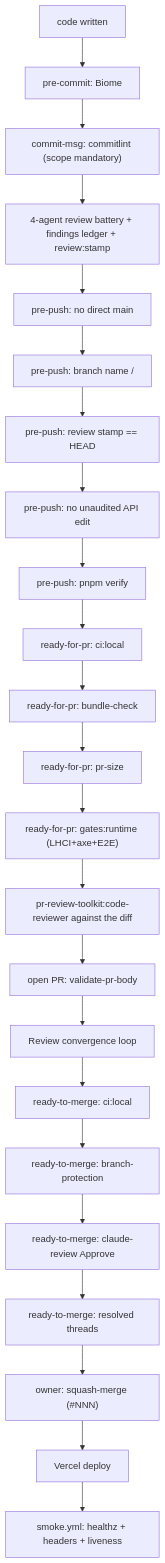
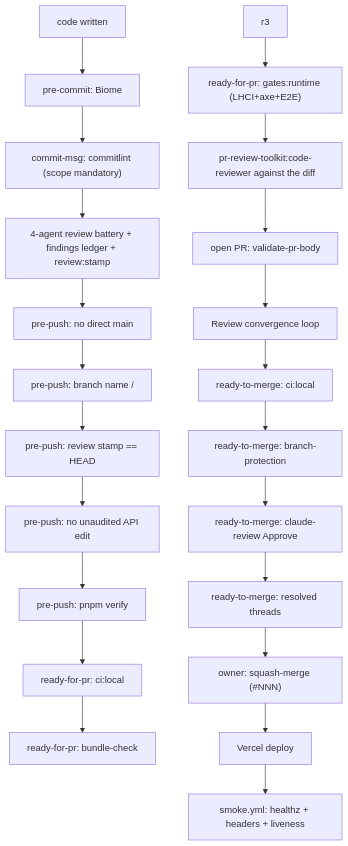
One commit to erikunha/portfolio changed the first of 3 diagrams in docs/handbook/review-merge-release.md. Above: the diagram before and after it, drawn with Mermaid. The commit also changed other lines of this file and 14 other files, not shown here.

````diff
--- a/docs/handbook/review-merge-release.md
+++ b/docs/handbook/review-merge-release.md
@@ -7,25 +7,24 @@
 ```mermaid
 flowchart TD
     write["code written"] --> c1["pre-commit: Biome"]
     c1 --> c2["commit-msg: commitlint (scope mandatory)"]
     c2 --> battery["4-agent review battery + findings ledger + review:stamp"]
     battery --> p1["pre-push: no direct main"]
     p1 --> p2["pre-push: branch name <type>/<desc>"]
     p2 --> p3["pre-push: review stamp == HEAD"]
     p3 --> p4["pre-push: no unaudited API edit"]
     p4 --> p5["pre-push: pnpm verify"]
     p5 --> r1["ready-for-pr: ci:local"]
     r1 --> r2["ready-for-pr: bundle-check"]
-    r2 --> r3["ready-for-pr: pr-size"]
     r3 --> r4["ready-for-pr: gates:runtime (LHCI+axe+E2E)"]
     r4 --> r5["pr-review-toolkit:code-reviewer against the diff"]
     r5 --> o1["open PR: validate-pr-body"]
     o1 --> o2["Review convergence loop"]
     o2 --> m1["ready-to-merge: ci:local"]
     m1 --> m2["ready-to-merge: branch-protection"]
     m2 --> m3["ready-to-merge: claude-review Approve"]
     m3 --> m4["ready-to-merge: resolved threads"]
     m4 --> merge["owner: squash-merge (#NNN)"]
     merge --> deploy["Vercel deploy"]
     deploy --> smoke["smoke.yml: healthz + headers + liveness"]
 ```
````
